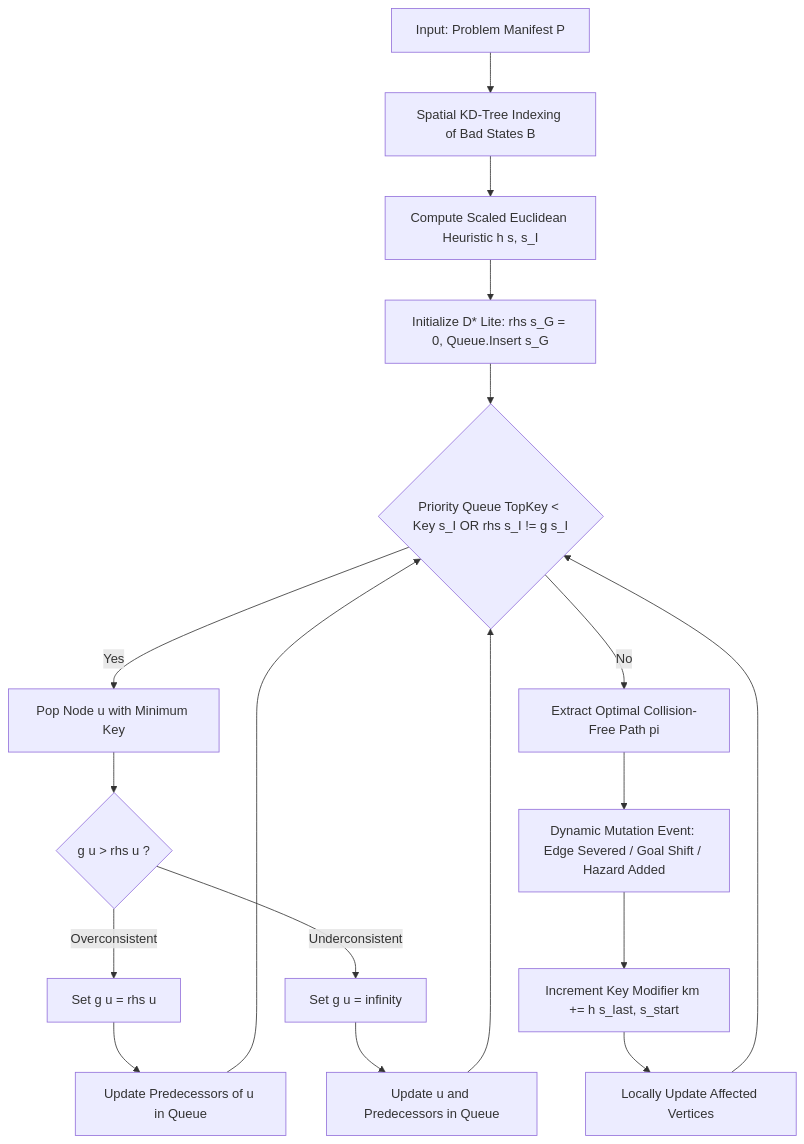
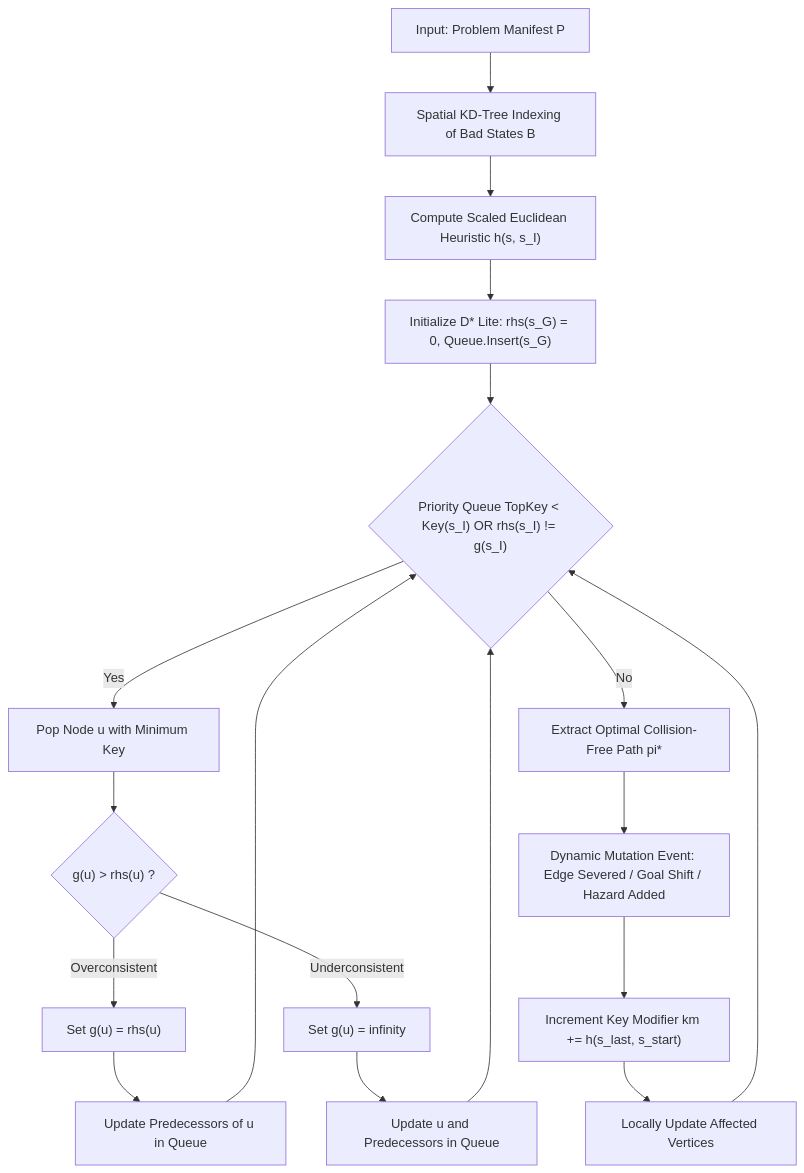
Before and after one commit to gabsgj/Safe-Semantic-Planner: the diagram in docs/DESIGN_REPORT.md, drawn with Mermaid. The commit also changed other lines of this file and 11 other files, not shown here.

````diff
--- a/docs/DESIGN_REPORT.md
+++ b/docs/DESIGN_REPORT.md
@@ -72,20 +79,20 @@
 ```mermaid
 graph TD
-    A[Input: Problem Manifest P] --> B[Spatial KD-Tree Indexing of Bad States B]
-    B --> C[Compute Scaled Euclidean Heuristic h s, s_I]
-    C --> D[Initialize D* Lite: rhs s_G = 0, Queue.Insert s_G]
-    D --> E{Priority Queue TopKey < Key s_I OR rhs s_I != g s_I}
-    E -- Yes --> F[Pop Node u with Minimum Key]
-    F --> G{g u > rhs u ?}
-    G -- Overconsistent --> H[Set g u = rhs u]
-    H --> I[Update Predecessors of u in Queue]
-    G -- Underconsistent --> J[Set g u = infinity]
-    J --> K[Update u and Predecessors in Queue]
+    A["Input: Problem Manifest P"] --> B["Spatial KD-Tree Indexing of Bad States B"]
+    B --> C["Compute Scaled Euclidean Heuristic h(s, s_I)"]
+    C --> D["Initialize D* Lite: rhs(s_G) = 0, Queue.Insert(s_G)"]
+    D --> E{"Priority Queue TopKey < Key(s_I) OR rhs(s_I) != g(s_I)"}
+    E -- Yes --> F["Pop Node u with Minimum Key"]
+    F --> G{"g(u) > rhs(u) ?"}
+    G -- Overconsistent --> H["Set g(u) = rhs(u)"]
+    H --> I["Update Predecessors of u in Queue"]
+    G -- Underconsistent --> J["Set g(u) = infinity"]
+    J --> K["Update u and Predecessors in Queue"]
     I --> E
     K --> E
-    E -- No --> L[Extract Optimal Collision-Free Path pi]
-    L --> M[Dynamic Mutation Event: Edge Severed / Goal Shift / Hazard Added]
-    M --> N[Increment Key Modifier km += h s_last, s_start]
-    N --> O[Locally Update Affected Vertices]
+    E -- No --> L["Extract Optimal Collision-Free Path pi*"]
+    L --> M["Dynamic Mutation Event: Edge Severed / Goal Shift / Hazard Added"]
+    M --> N["Increment Key Modifier km += h(s_last, s_start)"]
+    N --> O["Locally Update Affected Vertices"]
     O --> E
 ```
````
